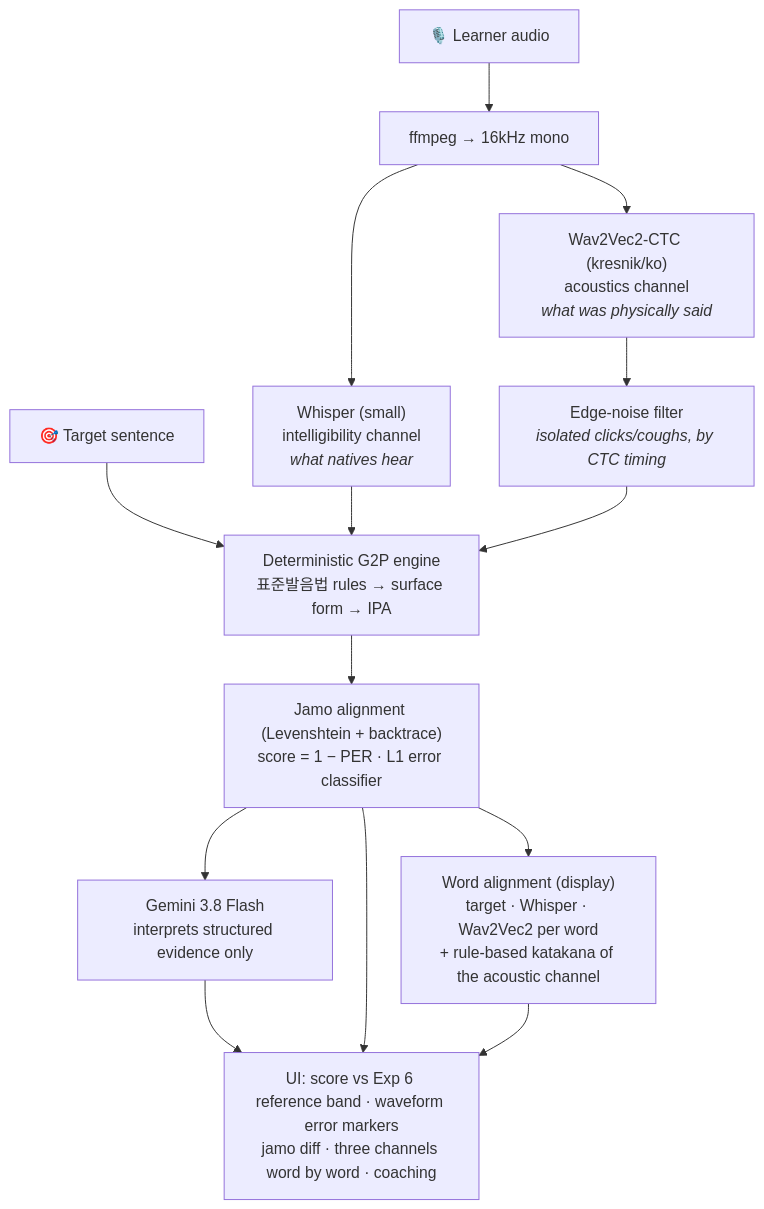
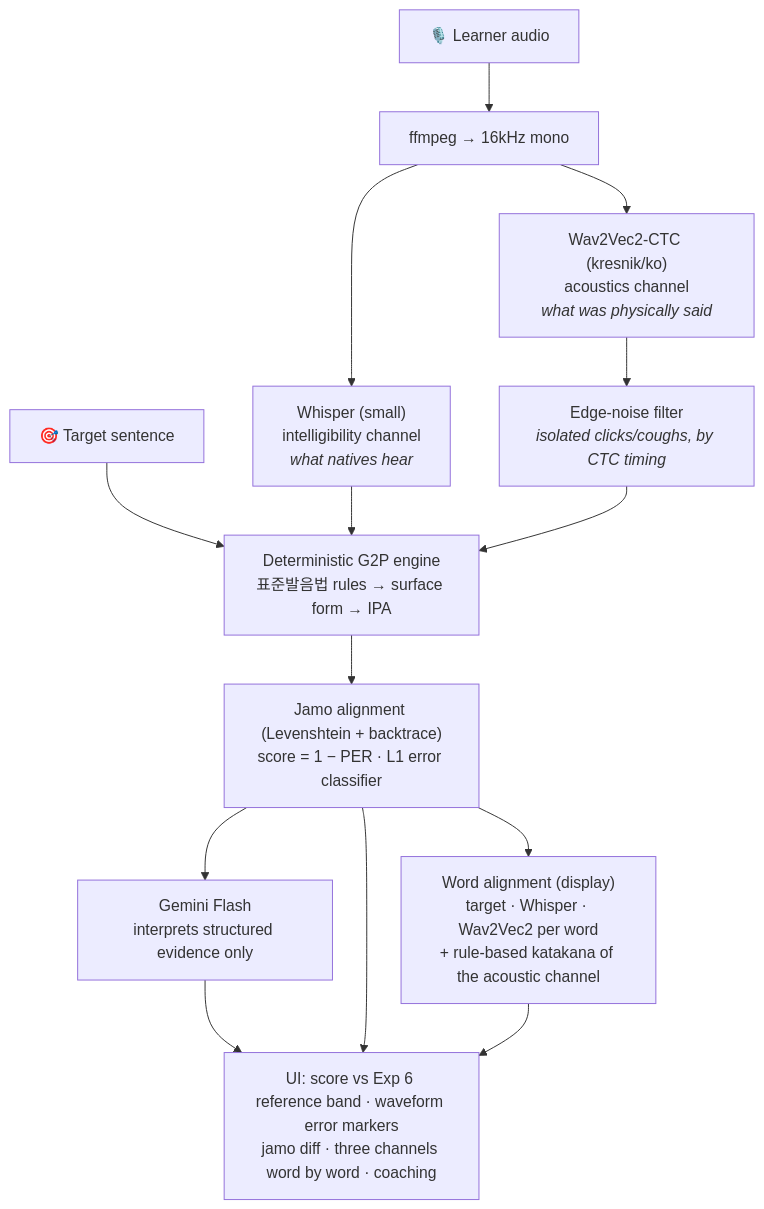
One commit to fairyofdata/PhonemeJP2KR changed the diagram in README.md. Above: the diagram before and after it, drawn with Mermaid. The commit also changed other lines of this file and 5 other files, not shown here.

````diff
--- a/README.md
+++ b/README.md
@@ -55,16 +55,16 @@
 ```mermaid
 flowchart TD
     A[🎙️ Learner audio] --> B[ffmpeg → 16kHz mono]
     B --> C["Whisper (small)<br/>intelligibility channel<br/><i>what natives hear</i>"]
     B --> D["Wav2Vec2-CTC (kresnik/ko)<br/>acoustics channel<br/><i>what was physically said</i>"]
     T[🎯 Target sentence] --> G
     C --> G["Deterministic G2P engine<br/>표준발음법 rules → surface form → IPA"]
     D --> N["Edge-noise filter<br/><i>isolated clicks/coughs, by CTC timing</i>"]
     N --> G
     G --> S["Jamo alignment (Levenshtein + backtrace)<br/>score = 1 − PER · L1 error classifier"]
     S --> W["Word alignment (display)<br/>target · Whisper · Wav2Vec2 per word<br/>+ rule-based katakana of the acoustic channel"]
-    S --> L["Gemini 3.8 Flash<br/>interprets structured evidence only"]
+    S --> L["Gemini Flash<br/>interprets structured evidence only"]
     L --> U["UI: score vs Exp 6 reference band · waveform error markers<br/>jamo diff · three channels word by word · coaching"]
     S --> U
     W --> U
 ```
````
